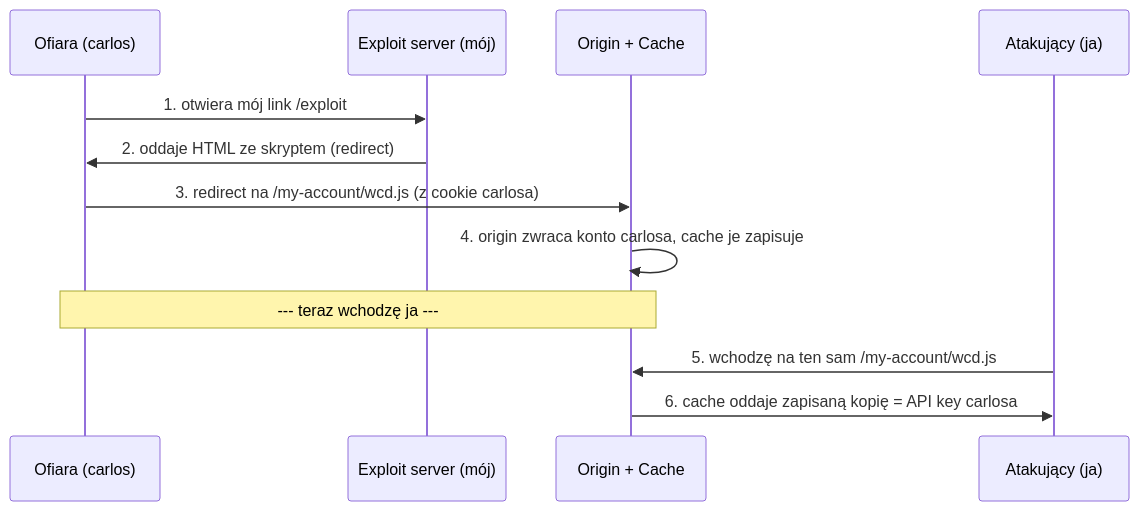
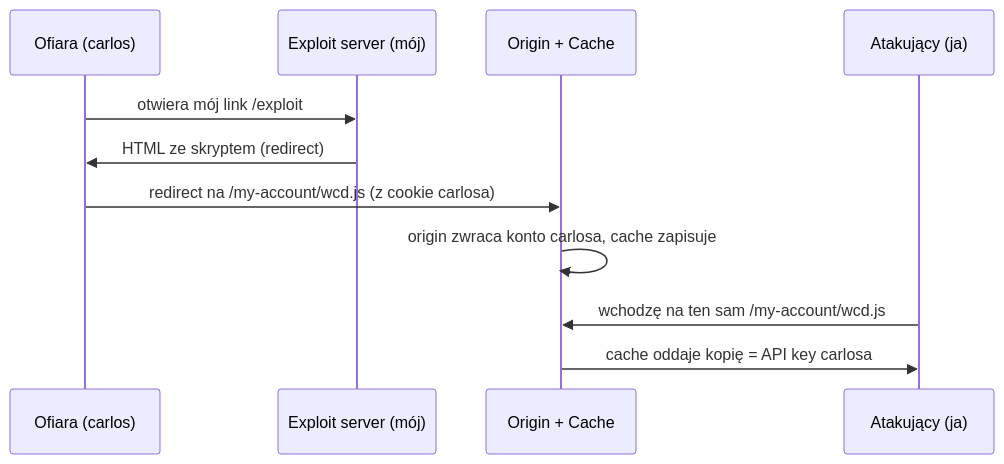
One commit to DrCondor/portswigger-labs changed the diagram in web-cache-deception/01-path-mapping.md. Above: the diagram before and after it, drawn with Mermaid. The commit also changed other lines of this file and 26 other files, not shown here.

````diff
--- a/web-cache-deception/01-path-mapping.md
+++ b/web-cache-deception/01-path-mapping.md
@@ -46,15 +32,13 @@
 ```mermaid
 sequenceDiagram
     participant C as Ofiara (carlos)
     participant E as Exploit server (mój)
     participant O as Origin + Cache
-
-    C->>E: 1. otwiera mój link /exploit
-    E->>C: 2. oddaje HTML ze skryptem (redirect)
-    C->>O: 3. redirect na /my-account/wcd.js (z cookie carlosa)
-    O->>O: 4. origin zwraca konto carlosa, cache je zapisuje
-    Note over C,O: --- teraz wchodzę ja ---
+    C->>E: otwiera mój link /exploit
+    E->>C: HTML ze skryptem (redirect)
+    C->>O: redirect na /my-account/wcd.js (z cookie carlosa)
+    O->>O: origin zwraca konto carlosa, cache zapisuje
     participant A as Atakujący (ja)
-    A->>O: 5. wchodzę na ten sam /my-account/wcd.js
-    O->>A: 6. cache oddaje zapisaną kopię = API key carlosa
+    A->>O: wchodzę na ten sam /my-account/wcd.js
+    O->>A: cache oddaje kopię = API key carlosa
 ```
````
